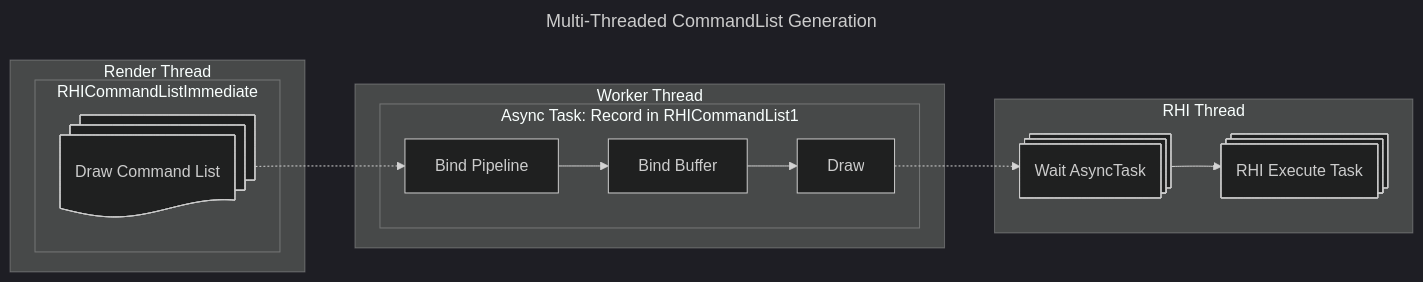
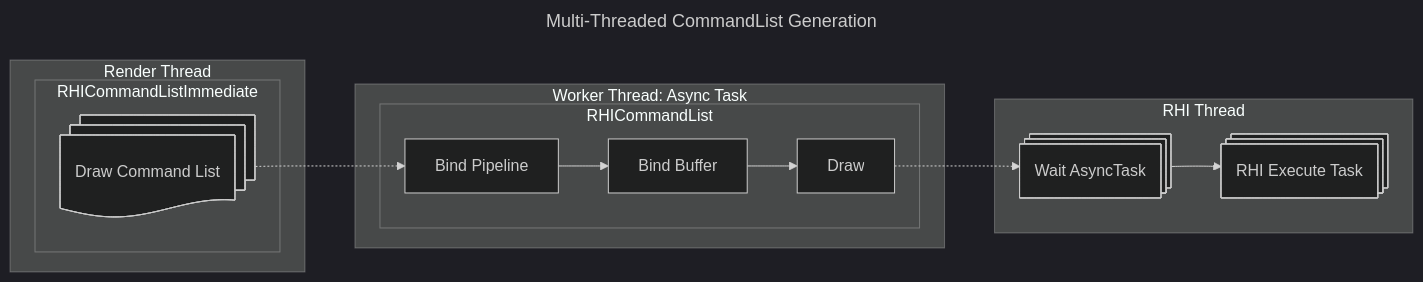
Before and after one commit to IdioticProgramApe/IdioticProgramApe.github.io: the seventh of 9 diagrams in _posts/2025-10-31-unreal-multithreaded-rendering.md, drawn with Mermaid (dark theme). The commit also changed other lines of this file, not shown here.

````diff
--- a/_posts/2025-10-31-unreal-multithreaded-rendering.md
+++ b/_posts/2025-10-31-unreal-multithreaded-rendering.md
@@ -161,30 +165,28 @@
 ```mermaid
 ---
 title: Multi-Threaded CommandList Generation
 ---
 flowchart LR
     subgraph RT [Render Thread]
         subgraph RHICommandListImmediate
             Draw@{ shape: docs, label: "Draw Command List" }
         end
     end
     
-    subgraph WT [Worker Thread]
-        subgraph AT [Async Task: Record in RHICommandList1]
+    subgraph WT [Worker Thread: Async Task]
+        subgraph AT [RHICommandList]
             BP["Bind Pipeline"]
             BB["Bind Buffer"]
             DT["Draw"]
             BP --> BB --> DT
         end
     end
     subgraph RHI [RHI Thread]
     	Wait@{ shape: procs, label: "Wait AsyncTask" }
         Task@{ shape: procs, label: "RHI Execute Task" }
         Wait --> Task
     end
     
     Draw -.-> BP
     DT -.-> Wait
-    
-
 ```
````
